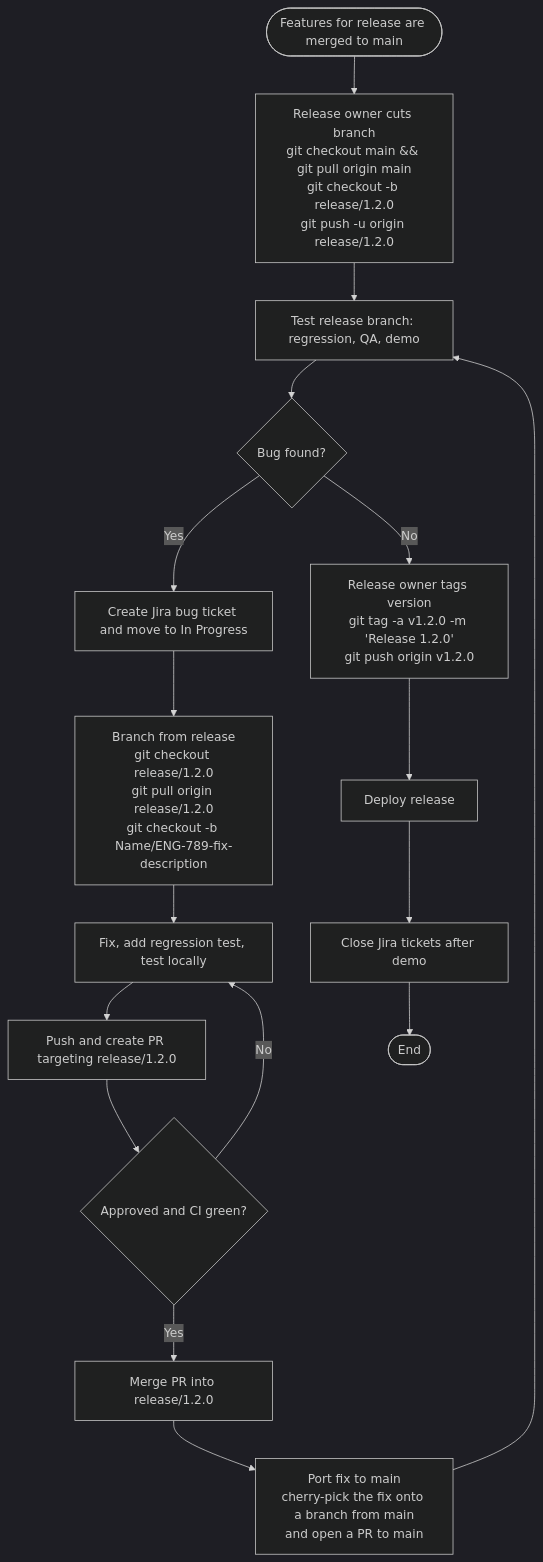
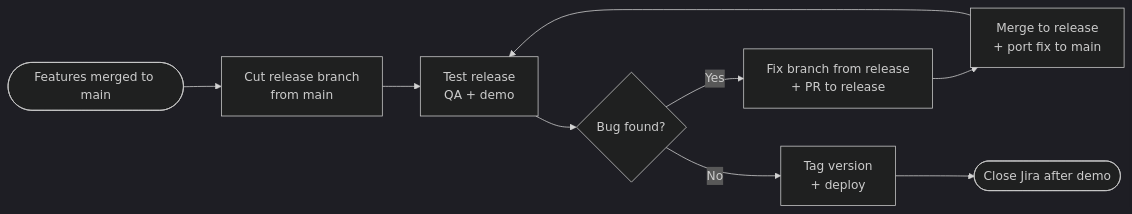
One commit to CricketStop/Engineering-Process changed the third of 3 diagrams in GIT_CHECKIN_PROCESS.md. Above: the diagram before and after it, drawn with Mermaid (dark theme). The commit also changed other lines of this file, not shown here.

Commit message:
update chart

````diff
--- a/GIT_CHECKIN_PROCESS.md
+++ b/GIT_CHECKIN_PROCESS.md
@@ -190,19 +175,11 @@
 ```mermaid
-flowchart TD
-    A([Features for release are merged to main]) --> B["Release owner cuts branch<br/>git checkout main && git pull origin main<br/>git checkout -b release/1.2.0<br/>git push -u origin release/1.2.0"]
-    B --> C[Test release branch: regression, QA, demo]
+flowchart LR
+    A([Features merged to main]) --> B[Cut release branch<br/>from main]
+    B --> C[Test release<br/>QA + demo]
     C --> D{Bug found?}
-    D -- Yes --> E[Create Jira bug ticket and move to In Progress]
-    E --> F["Branch from release<br/>git checkout release/1.2.0<br/>git pull origin release/1.2.0<br/>git checkout -b Name/ENG-789-fix-description"]
-    F --> G[Fix, add regression test, test locally]
-    G --> H[Push and create PR targeting release/1.2.0]
-    H --> I{Approved and CI green?}
-    I -- No --> G
-    I -- Yes --> J[Merge PR into release/1.2.0]
-    J --> K["Port fix to main<br/>cherry-pick the fix onto a branch from main<br/>and open a PR to main"]
-    K --> C
-    D -- No --> L[Release owner tags version<br/>git tag -a v1.2.0 -m 'Release 1.2.0'<br/>git push origin v1.2.0]
-    L --> M[Deploy release]
-    M --> N[Close Jira tickets after demo]
-    N --> O([End])
+    D -- Yes --> E[Fix branch from release<br/>+ PR to release]
+    E --> F[Merge to release<br/>+ port fix to main]
+    F --> C
+    D -- No --> G[Tag version<br/>+ deploy]
+    G --> H([Close Jira after demo])
 ```
````
